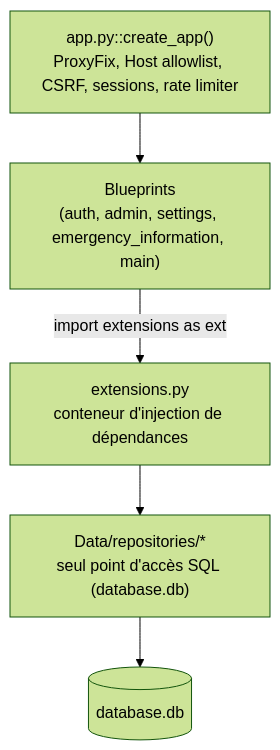
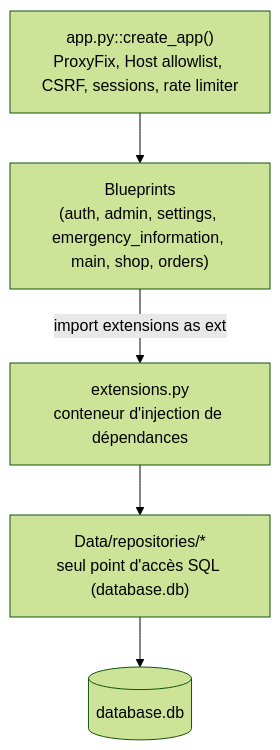
One commit to titou4n/medilink changed the second of 2 diagrams in README.md. Above: the diagram before and after it, drawn with Mermaid (forest theme). The commit also changed other lines of this file and 107 other files, not shown here.

````diff
--- a/README.md
+++ b/README.md
@@ -89,13 +94,13 @@
 ```mermaid
 flowchart TB
     APP["app.py::create_app()<br/>ProxyFix, Host allowlist, CSRF, sessions, rate limiter"]
     EXT["extensions.py<br/>conteneur d'injection de dépendances"]
-    BP["Blueprints<br/>(auth, admin, settings, emergency_information, main)"]
+    BP["Blueprints<br/>(auth, admin, settings, emergency_information, main, shop, orders)"]
     REPO["Data/repositories/*<br/>seul point d'accès SQL (database.db)"]
     DB[("database.db")]
 
     APP --> BP
     BP -->|import extensions as ext| EXT
     EXT --> REPO
     REPO --> DB
 ```
````
